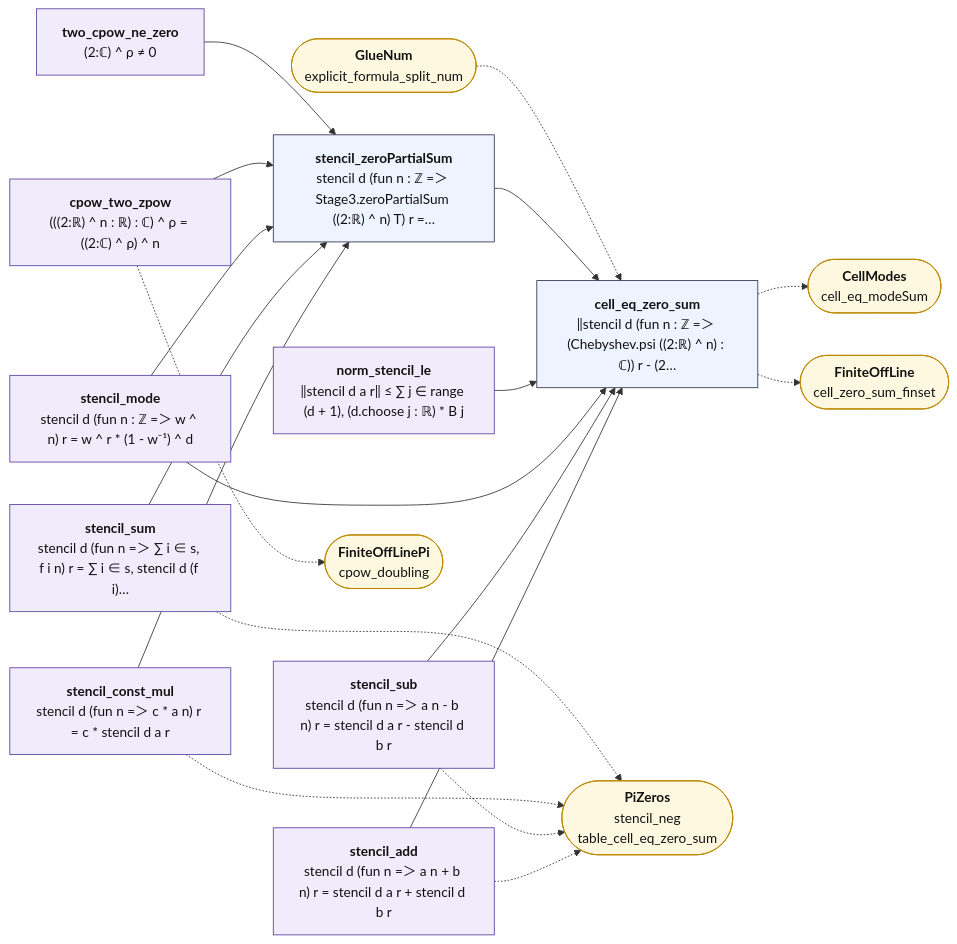
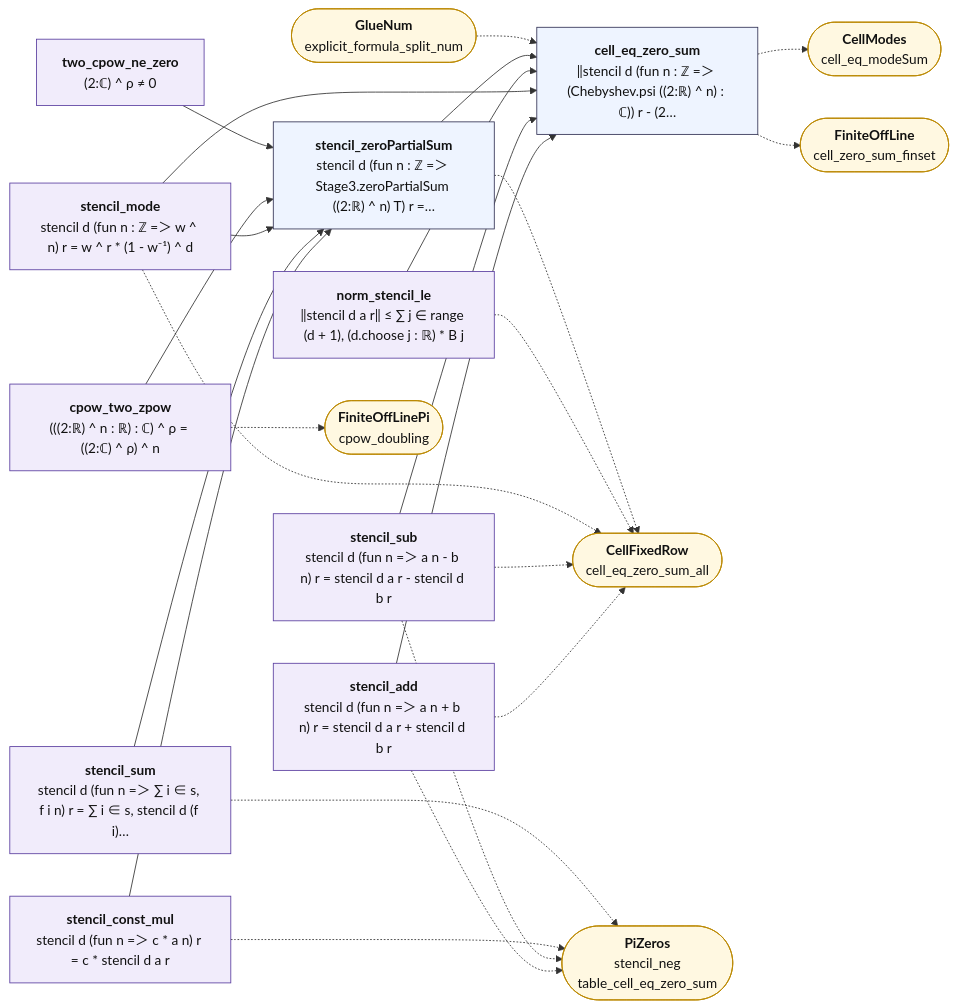
The diagram in map/lean_stage3/CellZeros.md (juliansambranojr/Primebeat_081426), drawn with Mermaid before and after one commit. The commit also changed other lines of this file and 35 other files, not shown here.

````diff
--- a/map/lean_stage3/CellZeros.md
+++ b/map/lean_stage3/CellZeros.md
@@ -12,44 +12,50 @@
 ```mermaid
 flowchart LR
   n0["<b>stencil_add</b><br/>stencil d (fun n =＞ a n + b n) r = stencil d a r + stencil d b r"]:::shp
   n1["<b>stencil_sub</b><br/>stencil d (fun n =＞ a n - b n) r = stencil d a r - stencil d b r"]:::shp
   n2["<b>stencil_const_mul</b><br/>stencil d (fun n =＞ c * a n) r = c * stencil d a r"]:::shp
   n3["<b>stencil_sum</b><br/>stencil d (fun n =＞ ∑ i ∈ s, f i n) r = ∑ i ∈ s, stencil d (f i)…"]:::shp
   n4["<b>stencil_mode</b><br/>stencil d (fun n : ℤ =＞ w ^ n) r = w ^ r * (1 - w⁻¹) ^ d"]:::shp
   n5["<b>norm_stencil_le</b><br/>‖stencil d a r‖ ≤ ∑ j ∈ range (d + 1), (d.choose j : ℝ) * B j"]:::shp
   n6["<b>cpow_two_zpow</b><br/>(((2:ℝ) ^ n : ℝ) : ℂ) ^ ρ = ((2:ℂ) ^ ρ) ^ n"]:::shp
   n7["<b>two_cpow_ne_zero</b><br/>(2:ℂ) ^ ρ ≠ 0"]:::shp
   n8["<b>stencil_zeroPartialSum</b><br/>stencil d (fun n : ℤ =＞ Stage3.zeroPartialSum ((2:ℝ) ^ n) T) r =…"]:::thm
   n9["<b>cell_eq_zero_sum</b><br/>‖stencil d (fun n : ℤ =＞ (Chebyshev.psi ((2:ℝ) ^ n) : ℂ)) r - (2…"]:::thm
-  x0(["<b>PiZeros</b><br/>stencil_neg<br/>table_cell_eq_zero_sum"]):::ext
-  x1(["<b>FiniteOffLinePi</b><br/>cpow_doubling"]):::ext
-  x2(["<b>GlueNum</b><br/>explicit_formula_split_num"]):::ext
-  x3(["<b>CellModes</b><br/>cell_eq_modeSum"]):::ext
-  x4(["<b>FiniteOffLine</b><br/>cell_zero_sum_finset"]):::ext
+  x0(["<b>CellFixedRow</b><br/>cell_eq_zero_sum_all"]):::ext
+  x1(["<b>PiZeros</b><br/>stencil_neg<br/>table_cell_eq_zero_sum"]):::ext
+  x2(["<b>FiniteOffLinePi</b><br/>cpow_doubling"]):::ext
+  x3(["<b>GlueNum</b><br/>explicit_formula_split_num"]):::ext
+  x4(["<b>CellModes</b><br/>cell_eq_modeSum"]):::ext
+  x5(["<b>FiniteOffLine</b><br/>cell_zero_sum_finset"]):::ext
   n0 --> n9
   n1 --> n9
   n2 --> n8
   n3 --> n8
   n4 --> n8
   n4 --> n9
   n5 --> n9
   n6 --> n8
   n7 --> n8
   n8 --> n9
   n0 -.-> x0
+  n0 -.-> x1
   n1 -.-> x0
-  n2 -.-> x0
-  n3 -.-> x0
-  n6 -.-> x1
-  n9 -.-> x3
+  n1 -.-> x1
+  n2 -.-> x1
+  n3 -.-> x1
+  n4 -.-> x0
+  n5 -.-> x0
+  n6 -.-> x2
+  n8 -.-> x0
   n9 -.-> x4
-  x2 -.-> n9
+  n9 -.-> x5
+  x3 -.-> n9
   classDef cnt fill:#dff5ec,stroke:#17694a,color:#111
   classDef shp fill:#f1ecfb,stroke:#5b3fa0,color:#111
   classDef rh fill:#ffe5e5,stroke:#c22,color:#111,stroke-width:2px
   classDef thm fill:#eef4ff,stroke:#335,color:#111
   classDef end_ fill:#e7f7e7,stroke:#2a7,color:#111,stroke-width:2px
   classDef lone fill:#fff,stroke:#999,color:#111,stroke-dasharray:4 3
   classDef bad fill:#ffe5e5,stroke:#c22,color:#111,stroke-width:2px
   classDef ext fill:#fff8e1,stroke:#b80,color:#111
 ```
````
